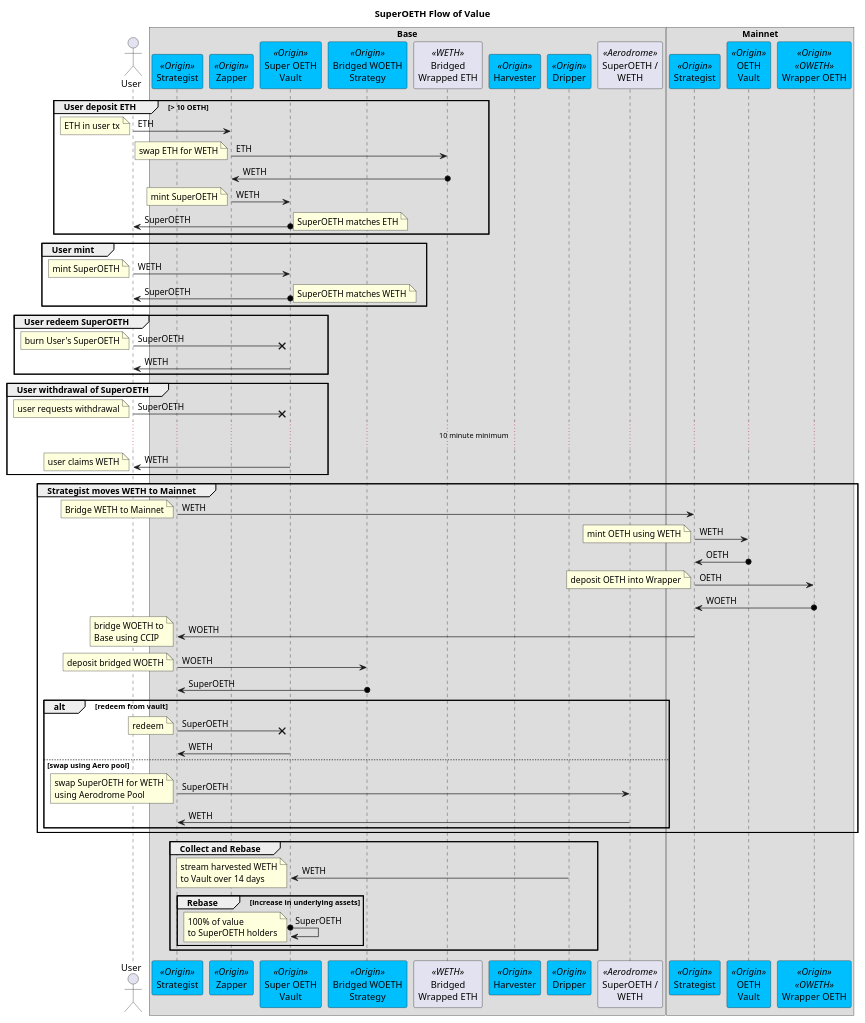
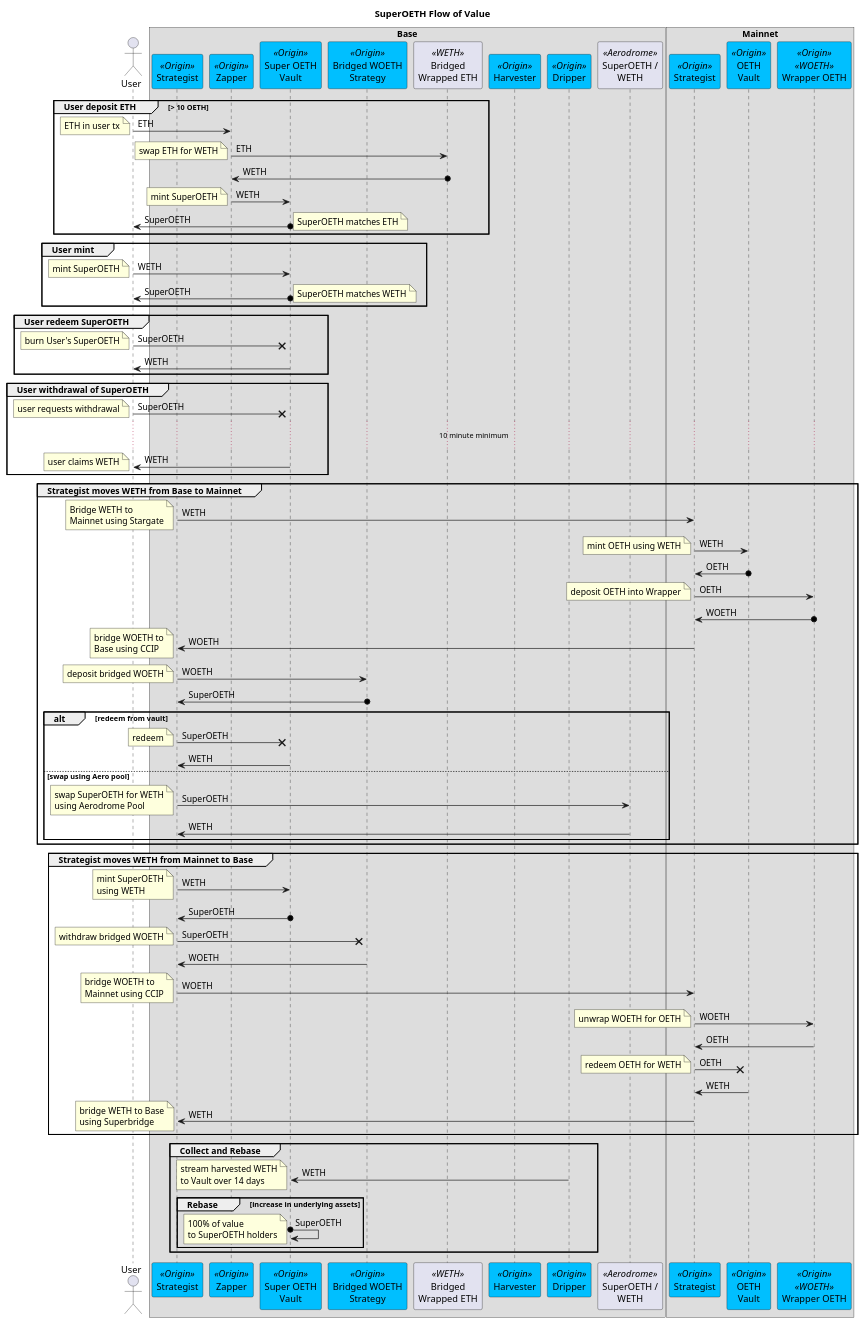
Before and after one commit to OriginProtocol/origin-dollar: the diagram in contracts/docs/plantuml/oethBaseValueFlows.puml, drawn with PlantUML. The commit also changed 1 other file, not shown here.

Commit message:
Updated Base value flows

```diff
--- a/contracts/docs/plantuml/oethBaseValueFlows.puml
+++ b/contracts/docs/plantuml/oethBaseValueFlows.puml
@@ -1,126 +1,153 @@
 @startuml
 
 title "SuperOETH Flow of Value"
 
 actor "User" as user
 
 box Base
 participant "Strategist" as strategist <<Origin>> #DeepSkyBlue
 participant "Zapper" as zap <<Origin>> #DeepSkyBlue
 participant "Super OETH\nVault" as vault <<Origin>> #DeepSkyBlue
 participant "Bridged WOETH\nStrategy" as woethStrat <<Origin>> #DeepSkyBlue
 
 participant "Bridged\nWrapped ETH" as weth <<WETH>>
 participant "Harvester" as harv <<Origin>> #DeepSkyBlue
 participant "Dripper" as drip <<Origin>> #DeepSkyBlue
 
 participant "SuperOETH /\nWETH" as aeroPool <<Aerodrome>>
 end box
 
 box Mainnet
 participant "Strategist" as mainStrategist <<Origin>> #DeepSkyBlue
 participant "OETH\nVault" as mainVault <<Origin>> #DeepSkyBlue
-participant "Wrapper OETH" as woeth <<Origin>><<OWETH>> #DeepSkyBlue
+participant "Wrapper OETH" as woeth <<Origin>><<WOETH>> #DeepSkyBlue
 end box
 
 ' Deposit ETH via Zapper
 group User deposit ETH [> 10 OETH]
 user -> zap : ETH
 note left : ETH in user tx
 
 zap -> weth : ETH
 note left : swap ETH for WETH
 weth o-> zap : WETH
 
 ' vault o-> strategist : SuperOETH
 ' note left : 20% performance\nfee from rebase
 
 zap -> vault : WETH
 note left : mint SuperOETH
 
 vault o-> user : SuperOETH
 note right : SuperOETH matches ETH
 end
 
 ' Mint
 group User mint
 ' vault o-> strategist : OETH
 ' note left : 20% performance\nfee from rebase
 
 user -> vault : WETH
 note left : mint SuperOETH
 vault o-> user : SuperOETH
 note right : SuperOETH matches WETH
 end
 
 ' Redeem
 group User redeem SuperOETH
 ' vault o-> strategist : SuperOETH
 ' note left : 20% performance\nfee from rebase
 
 user -x vault : SuperOETH
 note left : burn User's SuperOETH
 
 vault -> user : WETH
 ' note right : 0.1% fee applied to redeemed assets.\nThis adds to the yield in the next rebase.
 end
 
 ' Withdraw
 group User withdrawal of SuperOETH
 ' vault o-> strategist : SuperOETH
 ' note left : 20% performance\nfee from rebase
 
 user -x vault : SuperOETH
 note left : user requests withdrawal
 
 ... 10 minute minimum ...
 
 vault -> user : WETH
 note left : user claims WETH
 end
 
 
-group Strategist moves WETH to Mainnet
+group Strategist moves WETH from Base to Mainnet
 
 strategist -> mainStrategist : WETH
-note left : Bridge WETH to Mainnet
+note left : Bridge WETH to\nMainnet using Stargate
 
 mainStrategist -> mainVault : WETH
 note left : mint OETH using WETH
 mainVault o-> mainStrategist : OETH
 
 mainStrategist -> woeth : OETH
 note left : deposit OETH into Wrapper
 woeth o-> mainStrategist : WOETH
 
 mainStrategist -> strategist : WOETH
 note left : bridge WOETH to\nBase using CCIP
 
 strategist -> woethStrat : WOETH
 note left : deposit bridged WOETH
 woethStrat o-> strategist : SuperOETH
 
 alt redeem from vault
 strategist ->x vault : SuperOETH
 note left : redeem
 vault -> strategist : WETH
 else swap using Aero pool
 strategist -> aeroPool : SuperOETH
 note left : swap SuperOETH for WETH\nusing Aerodrome Pool
 aeroPool -> strategist : WETH
 end
 end
 
+
+group Strategist moves WETH from Mainnet to Base
+
+strategist -> vault : WETH
+note left : mint SuperOETH\nusing WETH
+vault o-> strategist : SuperOETH
+
+strategist ->x woethStrat : SuperOETH
+note left : withdraw bridged WOETH
+woethStrat -> strategist : WOETH
+
+strategist -> mainStrategist : WOETH
+note left : bridge WOETH to\nMainnet using CCIP
+
+mainStrategist -> woeth : WOETH
+note left : unwrap WOETH for OETH
+woeth -> mainStrategist : OETH
+
+mainStrategist ->x mainVault : OETH
+note left : redeem OETH for WETH
+mainVault -> mainStrategist : WETH
+
+mainStrategist -> strategist : WETH
+note left : bridge WETH to Base\nusing Superbridge
+
+end
+
 ' Collect and Rebase
 group Collect and Rebase
 
 drip -> vault : WETH
 note left : stream harvested WETH\nto Vault over 14 days
 
 group Rebase [increase in underlying assets]
 vault o-> vault : SuperOETH
 note left : 100% of value\nto SuperOETH holders
 end 
 end
 
 @enduml
```
